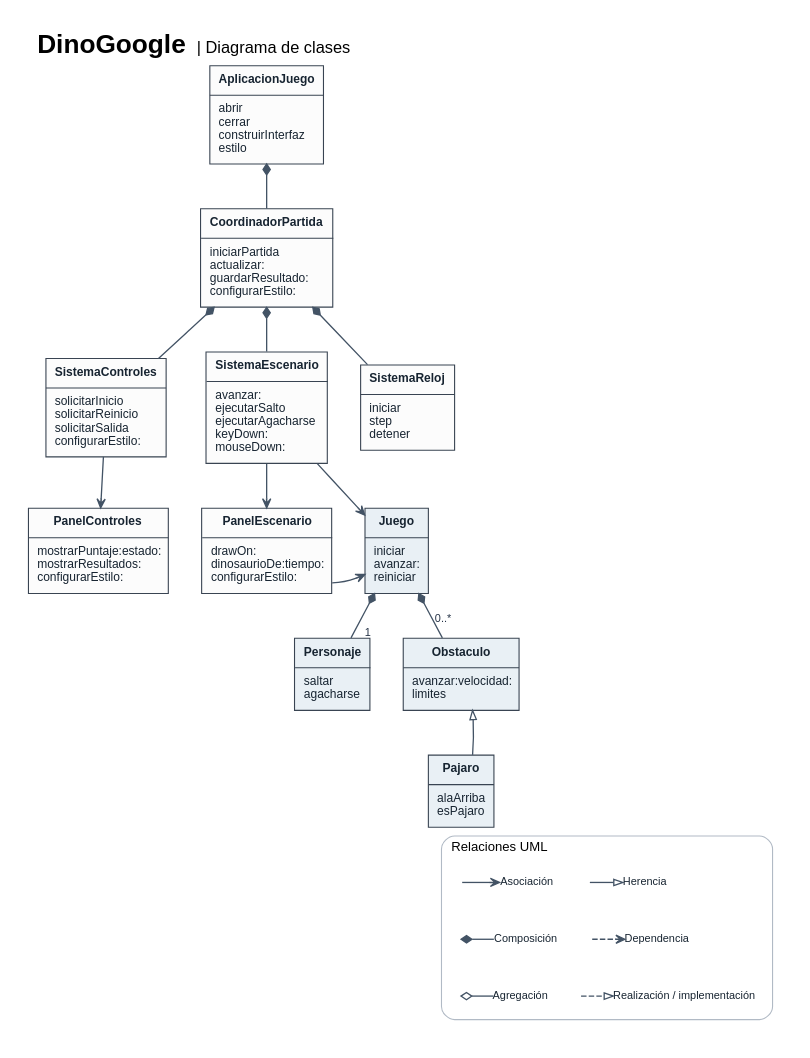
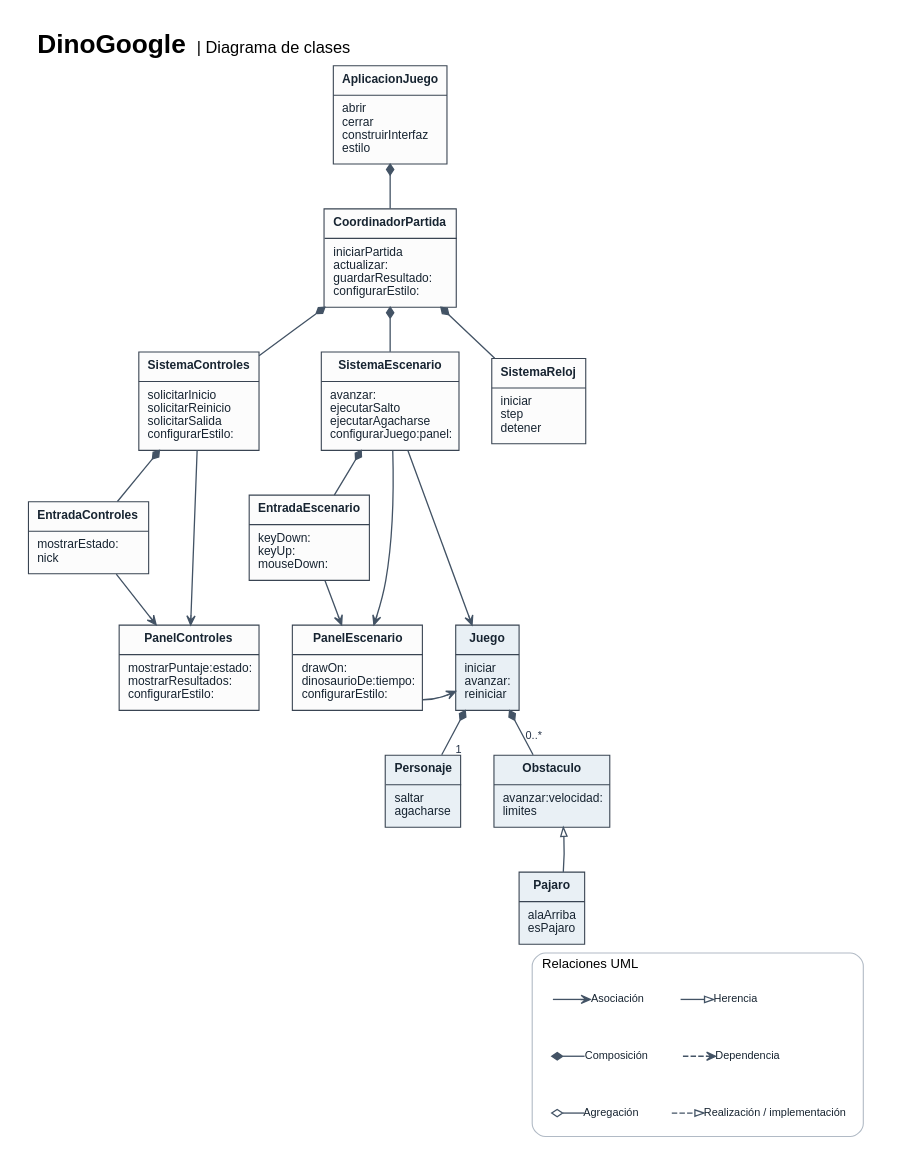
One commit to CnioritoD/DinoGoogle changed the diagram in docs/diagrama-de-clases.dot. Above: the diagram before and after it, drawn with Graphviz. The commit also changed 6 other files, not shown here.

```diff
--- a/docs/diagrama-de-clases.dot
+++ b/docs/diagrama-de-clases.dot
@@ -1,116 +1,129 @@
 digraph DinoGoogle {
   graph [rankdir=TB, bgcolor="#ffffff", pad=0.26, nodesep=0.42, ranksep=0.57,
     fontname="Arial", fontsize=24, labelloc=t, labeljust=l,
     label=<<B>DinoGoogle</B> <FONT POINT-SIZE="15">| Diagrama de clases</FONT>>];
   node [shape=plain, fontname="Arial", fontsize=11,
     color="#394452", fontcolor="#172431", penwidth=1.15, margin="0.16,0.09"];
   edge [fontname="Arial", fontsize=10, color="#435365", fontcolor="#243246",
     penwidth=1.2, arrowsize=0.83];
 
   AplicacionJuego [label=<<TABLE BORDER="1" COLOR="#394452" CELLBORDER="0" CELLSPACING="0" CELLPADDING="7" BGCOLOR="#fcfcfc">
     <TR><TD><B>AplicacionJuego</B></TD></TR>
     <HR/><TR><TD ALIGN="LEFT" BALIGN="LEFT">abrir<BR ALIGN="LEFT"/>cerrar<BR ALIGN="LEFT"/>construirInterfaz<BR ALIGN="LEFT"/>estilo</TD></TR>
   </TABLE>>];
   CoordinadorPartida [label=<<TABLE BORDER="1" COLOR="#394452" CELLBORDER="0" CELLSPACING="0" CELLPADDING="7" BGCOLOR="#fcfcfc">
     <TR><TD><B>CoordinadorPartida</B></TD></TR>
     <HR/><TR><TD ALIGN="LEFT" BALIGN="LEFT">iniciarPartida<BR ALIGN="LEFT"/>actualizar:<BR ALIGN="LEFT"/>guardarResultado:<BR ALIGN="LEFT"/>configurarEstilo:</TD></TR>
   </TABLE>>];
   SistemaControles [label=<<TABLE BORDER="1" COLOR="#394452" CELLBORDER="0" CELLSPACING="0" CELLPADDING="7" BGCOLOR="#fcfcfc">
     <TR><TD><B>SistemaControles</B></TD></TR>
     <HR/><TR><TD ALIGN="LEFT" BALIGN="LEFT">solicitarInicio<BR ALIGN="LEFT"/>solicitarReinicio<BR ALIGN="LEFT"/>solicitarSalida<BR ALIGN="LEFT"/>configurarEstilo:</TD></TR>
   </TABLE>>];
   SistemaEscenario [label=<<TABLE BORDER="1" COLOR="#394452" CELLBORDER="0" CELLSPACING="0" CELLPADDING="7" BGCOLOR="#fcfcfc">
     <TR><TD><B>SistemaEscenario</B></TD></TR>
-    <HR/><TR><TD ALIGN="LEFT" BALIGN="LEFT">avanzar:<BR ALIGN="LEFT"/>ejecutarSalto<BR ALIGN="LEFT"/>ejecutarAgacharse<BR ALIGN="LEFT"/>keyDown:<BR ALIGN="LEFT"/>mouseDown:</TD></TR>
+    <HR/><TR><TD ALIGN="LEFT" BALIGN="LEFT">avanzar:<BR ALIGN="LEFT"/>ejecutarSalto<BR ALIGN="LEFT"/>ejecutarAgacharse<BR ALIGN="LEFT"/>configurarJuego:panel:</TD></TR>
   </TABLE>>];
   SistemaReloj [label=<<TABLE BORDER="1" COLOR="#394452" CELLBORDER="0" CELLSPACING="0" CELLPADDING="7" BGCOLOR="#fcfcfc">
     <TR><TD><B>SistemaReloj</B></TD></TR>
     <HR/><TR><TD ALIGN="LEFT" BALIGN="LEFT">iniciar<BR ALIGN="LEFT"/>step<BR ALIGN="LEFT"/>detener</TD></TR>
+  </TABLE>>];
+  EntradaControles [label=<<TABLE BORDER="1" COLOR="#394452" CELLBORDER="0" CELLSPACING="0" CELLPADDING="7" BGCOLOR="#fcfcfc">
+    <TR><TD><B>EntradaControles</B></TD></TR>
+    <HR/><TR><TD ALIGN="LEFT" BALIGN="LEFT">mostrarEstado:<BR ALIGN="LEFT"/>nick</TD></TR>
+  </TABLE>>];
+  EntradaEscenario [label=<<TABLE BORDER="1" COLOR="#394452" CELLBORDER="0" CELLSPACING="0" CELLPADDING="7" BGCOLOR="#fcfcfc">
+    <TR><TD><B>EntradaEscenario</B></TD></TR>
+    <HR/><TR><TD ALIGN="LEFT" BALIGN="LEFT">keyDown:<BR ALIGN="LEFT"/>keyUp:<BR ALIGN="LEFT"/>mouseDown:</TD></TR>
   </TABLE>>];
   PanelControles [label=<<TABLE BORDER="1" COLOR="#394452" CELLBORDER="0" CELLSPACING="0" CELLPADDING="7" BGCOLOR="#fcfcfc">
     <TR><TD><B>PanelControles</B></TD></TR>
     <HR/><TR><TD ALIGN="LEFT" BALIGN="LEFT">mostrarPuntaje:estado:<BR ALIGN="LEFT"/>mostrarResultados:<BR ALIGN="LEFT"/>configurarEstilo:</TD></TR>
   </TABLE>>];
   PanelEscenario [label=<<TABLE BORDER="1" COLOR="#394452" CELLBORDER="0" CELLSPACING="0" CELLPADDING="7" BGCOLOR="#fcfcfc">
     <TR><TD><B>PanelEscenario</B></TD></TR>
     <HR/><TR><TD ALIGN="LEFT" BALIGN="LEFT">drawOn:<BR ALIGN="LEFT"/>dinosaurioDe:tiempo:<BR ALIGN="LEFT"/>configurarEstilo:</TD></TR>
   </TABLE>>];
   Juego [label=<<TABLE BORDER="1" COLOR="#394452" CELLBORDER="0" CELLSPACING="0" CELLPADDING="7" BGCOLOR="#e9f0f5">
     <TR><TD><B>Juego</B></TD></TR>
     <HR/><TR><TD ALIGN="LEFT" BALIGN="LEFT">iniciar<BR ALIGN="LEFT"/>avanzar:<BR ALIGN="LEFT"/>reiniciar</TD></TR>
   </TABLE>>];
   Personaje [label=<<TABLE BORDER="1" COLOR="#394452" CELLBORDER="0" CELLSPACING="0" CELLPADDING="7" BGCOLOR="#e9f0f5">
     <TR><TD><B>Personaje</B></TD></TR>
     <HR/><TR><TD ALIGN="LEFT" BALIGN="LEFT">saltar<BR ALIGN="LEFT"/>agacharse</TD></TR>
   </TABLE>>];
   Obstaculo [label=<<TABLE BORDER="1" COLOR="#394452" CELLBORDER="0" CELLSPACING="0" CELLPADDING="7" BGCOLOR="#e9f0f5">
     <TR><TD><B>Obstaculo</B></TD></TR>
     <HR/><TR><TD ALIGN="LEFT" BALIGN="LEFT">avanzar:velocidad:<BR ALIGN="LEFT"/>limites</TD></TR>
   </TABLE>>];
   Pajaro [label=<<TABLE BORDER="1" COLOR="#394452" CELLBORDER="0" CELLSPACING="0" CELLPADDING="7" BGCOLOR="#e9f0f5">
     <TR><TD><B>Pajaro</B></TD></TR>
     <HR/><TR><TD ALIGN="LEFT" BALIGN="LEFT">alaArriba<BR ALIGN="LEFT"/>esPajaro</TD></TR>
   </TABLE>>];
 
   // El rombo relleno va del lado del objeto que contiene al componente.
   edge [dir=back, arrowtail=diamond, arrowhead=none];
   AplicacionJuego -> CoordinadorPartida;
   CoordinadorPartida -> SistemaControles;
   CoordinadorPartida -> SistemaEscenario;
   CoordinadorPartida -> SistemaReloj;
+  SistemaControles -> EntradaControles;
+  SistemaEscenario -> EntradaEscenario;
   Juego -> Personaje [headlabel="1", labeldistance=1.6, labelangle=-46];
   Juego -> Obstaculo [headlabel="0..*", labeldistance=1.7, labelangle=-30];
 
   // La asociación muestra una referencia conservada por la clase.
   edge [dir=forward, arrowtail=none, arrowhead=vee];
   SistemaControles -> PanelControles;
   SistemaEscenario -> PanelEscenario;
+  EntradaControles -> PanelControles;
+  EntradaEscenario -> PanelEscenario;
   SistemaEscenario -> Juego;
   PanelEscenario -> Juego [constraint=false];
 
   // La dependencia indica uso sin una referencia de instancia propia.
   edge [style=dashed, arrowhead=vee, color="#657487"];
 
 
   // El triángulo hueco señala la superclase.
   edge [style=solid, color="#435365", arrowhead=onormal, constraint=false];
   Pajaro -> Obstaculo;
 
   {rank=same; SistemaControles; SistemaEscenario; SistemaReloj}
+  {rank=same; EntradaControles; EntradaEscenario}
   {rank=same; PanelControles; PanelEscenario; Juego}
   {rank=same; Personaje; Obstaculo}
   edge [style=invis, constraint=true, weight=10];
   PanelControles -> PanelEscenario -> Juego;
   Personaje -> Obstaculo;
   Obstaculo -> Pajaro;
 
   subgraph cluster_leyenda {
     graph [label="Relaciones UML", fontname="Arial", fontsize=12, style=rounded, color="#b1bac5", margin=16];
     node [shape=plain, style="", fontname="Arial", fontsize=10];
     asociacion [label="Asociación"];
     herencia [label="Herencia"];
     composicion [label="Composición"];
     dependencia [label="Dependencia"];
     agregacion [label="Agregación"];
     realizacion [label="Realización / implementación"];
     node [shape=point, width=0.015, height=0.015, fixedsize=true, label="", style=invis];
     edge [style=solid, constraint=true, weight=1, arrowtail=none, arrowhead=vee];
     {rank=same; a; asociacion; h; herencia}
     {rank=same; c; composicion; d; dependencia}
     {rank=same; g; agregacion; r; realizacion}
     a -> asociacion;
     h -> herencia [arrowhead=onormal];
     c -> composicion [dir=back, arrowtail=diamond, arrowhead=none];
     d -> dependencia [style=dashed];
     g -> agregacion [dir=back, arrowtail=odiamond, arrowhead=none];
     r -> realizacion [style=dashed, arrowhead=onormal];
     asociacion -> h [style=invis];
     composicion -> d [style=invis];
     agregacion -> r [style=invis];
     a -> c -> g [style=invis, minlen=1];
     h -> d -> r [style=invis, minlen=1];
   }
   // Mantiene la leyenda debajo del diagrama.
   Pajaro -> a [style=invis];
 
 }
```
